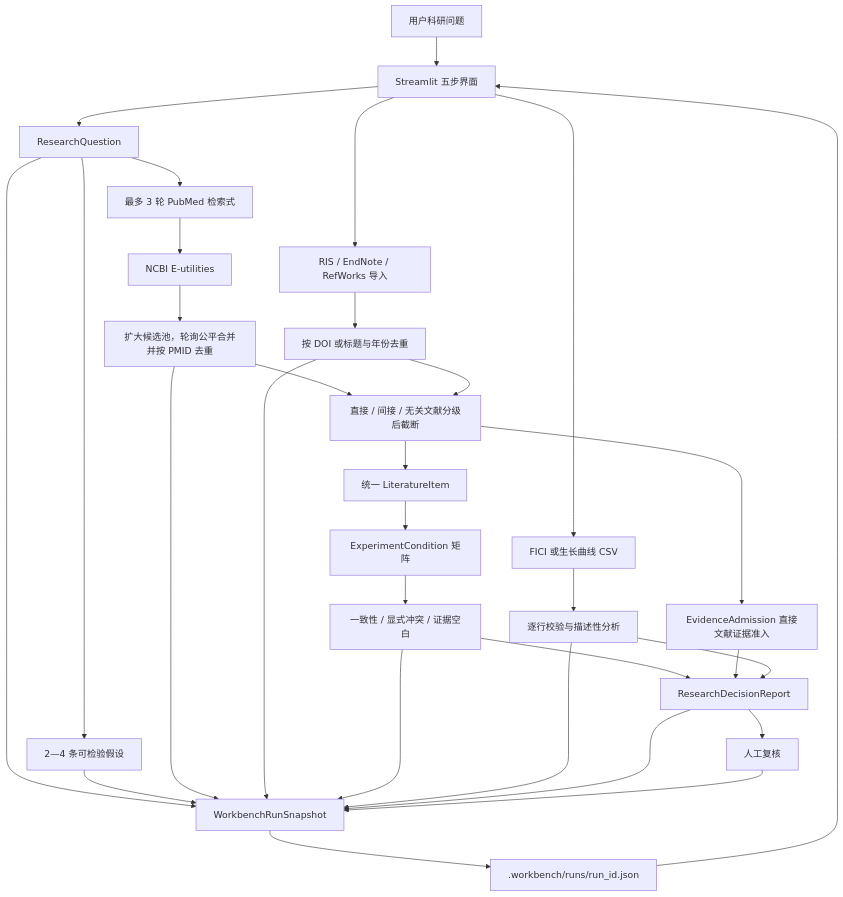
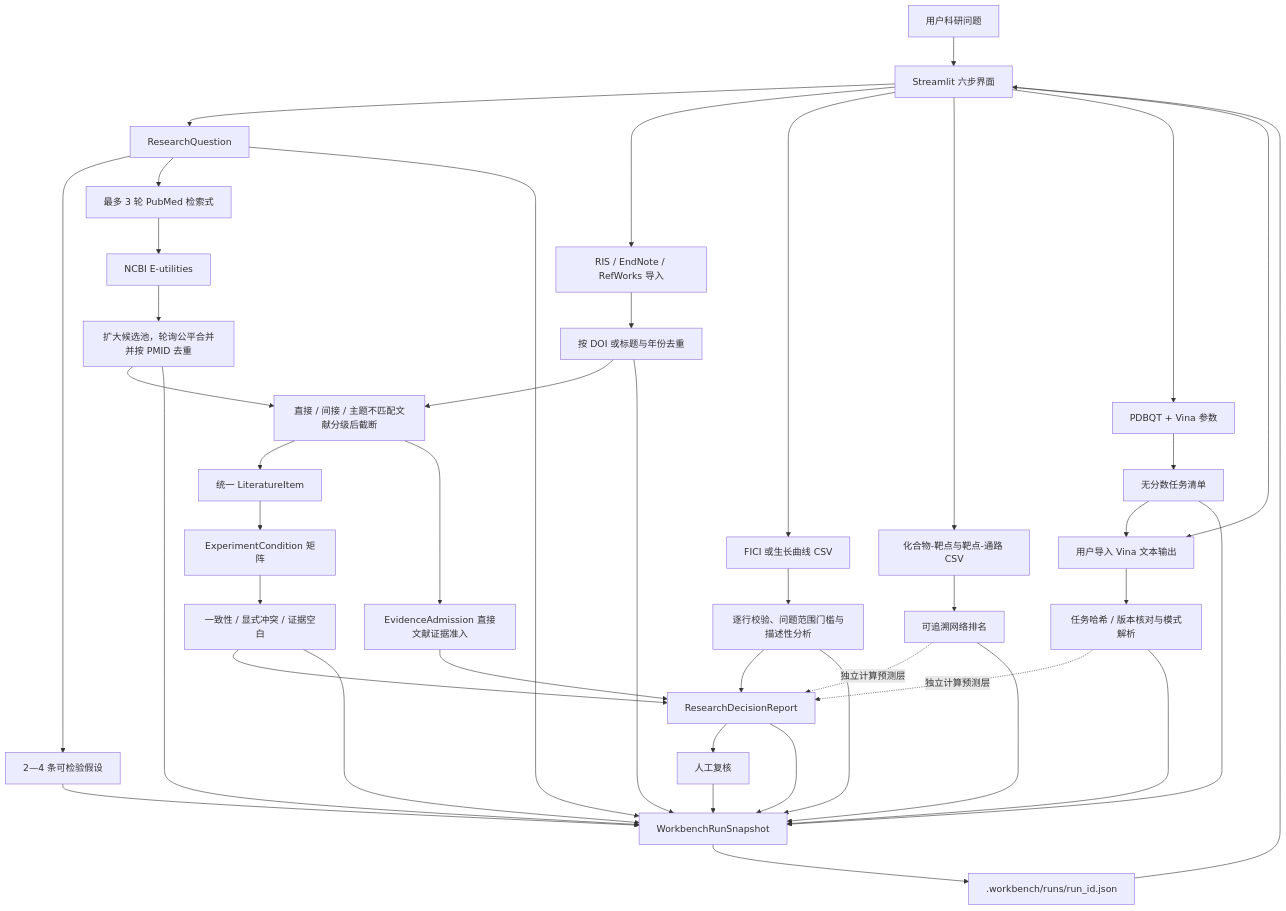
One commit to Funluned/vetagenteviidence changed the first of 2 diagrams in docs/ARCHITECTURE.md. Above: the diagram before and after it, drawn with Mermaid. The commit also changed other lines of this file and 28 other files, not shown here.

````diff
--- a/docs/ARCHITECTURE.md
+++ b/docs/ARCHITECTURE.md
@@ -11,37 +13,49 @@
 ```mermaid
 flowchart TD
-    U["用户科研问题"] --> UI["Streamlit 五步界面"]
+    U["用户科研问题"] --> UI["Streamlit 六步界面"]
     UI --> Q["ResearchQuestion"]
     Q --> H["2—4 条可检验假设"]
     Q --> P["最多 3 轮 PubMed 检索式"]
     P --> N["NCBI E-utilities"]
     N --> D["扩大候选池，轮询公平合并并按 PMID 去重"]
 
     UI --> I["RIS / EndNote / RefWorks 导入"]
     I --> ID["按 DOI 或标题与年份去重"]
 
-    D --> G["直接 / 间接 / 无关文献分级后截断"]
+    D --> G["直接 / 间接 / 主题不匹配文献分级后截断"]
     ID --> G
     G --> L["统一 LiteratureItem"]
     L --> C["ExperimentCondition 矩阵"]
     C --> A["一致性 / 显式冲突 / 证据空白"]
     G --> AD["EvidenceAdmission 直接文献证据准入"]
 
     UI --> CSV["FICI 或生长曲线 CSV"]
-    CSV --> X["逐行校验与描述性分析"]
+    CSV --> X["逐行校验、问题范围门槛与描述性分析"]
+    UI --> NP["化合物-靶点与靶点-通路 CSV"]
+    NP --> NX["可追溯网络排名"]
+    UI --> DM["PDBQT + Vina 参数"]
+    DM --> VM["无分数任务清单"]
+    UI --> VO["用户导入 Vina 文本输出"]
+    VM --> VO
+    VO --> DX["任务哈希 / 版本核对与模式解析"]
     A --> R["ResearchDecisionReport"]
     AD --> R
     X --> R
+    NX -. "独立计算预测层" .-> R
+    DX -. "独立计算预测层" .-> R
     R --> HR["人工复核"]
 
     Q --> S["WorkbenchRunSnapshot"]
     H --> S
     D --> S
     ID --> S
     A --> S
     X --> S
+    NX --> S
+    VM --> S
+    DX --> S
     R --> S
     HR --> S
     S --> FS[".workbench/runs/run_id.json"]
     FS --> UI
 ```
````
